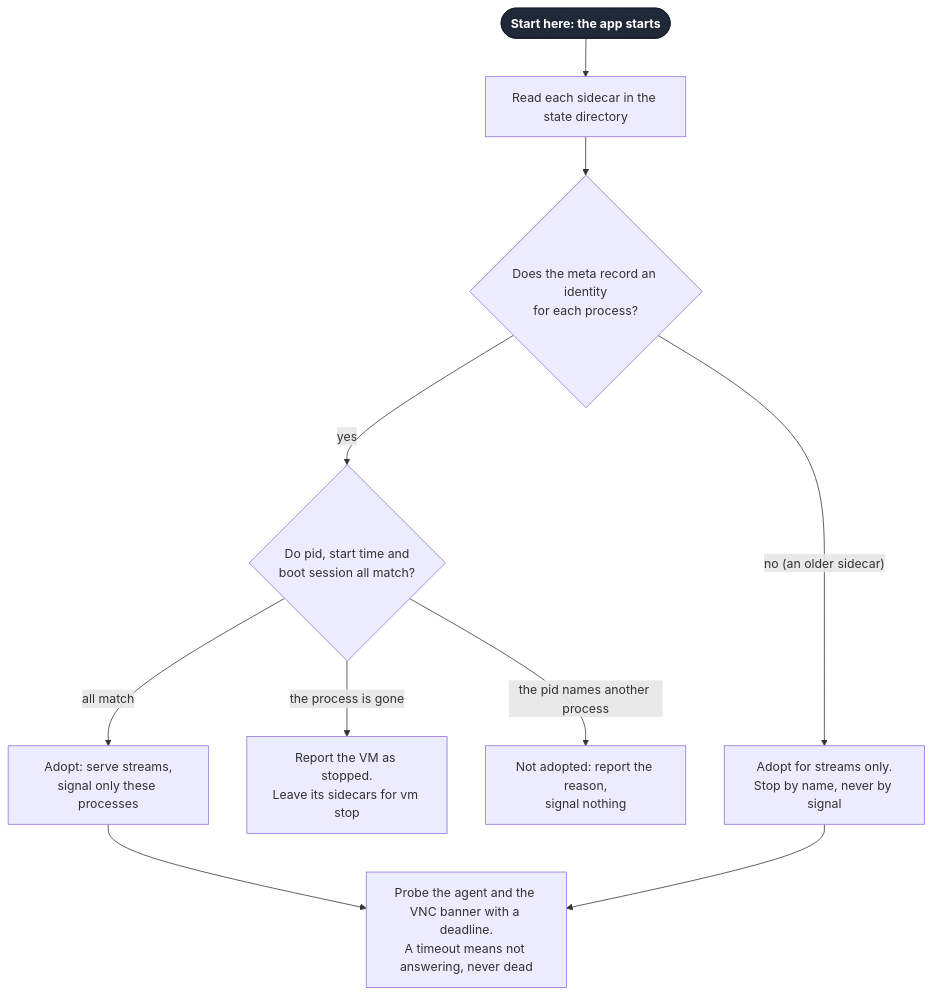
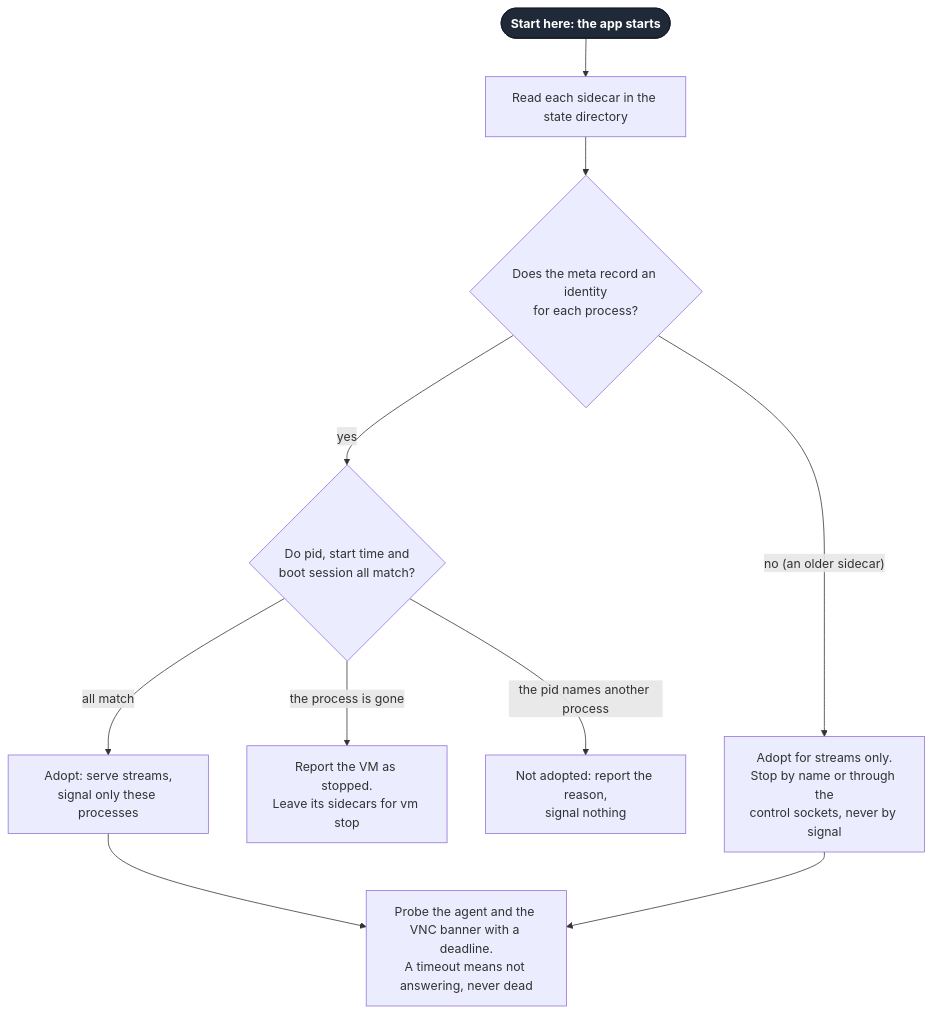
The sixth of 9 diagrams in docs/specs/testanyware-app.md (Linkuistics/TestAnyware), drawn with Mermaid before and after one commit. The commit also changed other lines of this file and 10 other files, not shown here.

````diff
--- a/docs/specs/testanyware-app.md
+++ b/docs/specs/testanyware-app.md
@@ -331,12 +368,12 @@
 ```mermaid
 flowchart TD
   start(["Start here: the app starts"]):::start --> read["Read each sidecar in the state directory"]
   read --> ident{"Does the meta record an identity<br/>for each process?"}
   ident -- "yes" --> match{"Do pid, start time and<br/>boot session all match?"}
-  ident -- "no (an older sidecar)" --> legacy["Adopt for streams only.<br/>Stop by name, never by signal"]
+  ident -- "no (an older sidecar)" --> legacy["Adopt for streams only.<br/>Stop by name or through the<br/>control sockets, never by signal"]
   match -- "all match" --> adopt["Adopt: serve streams,<br/>signal only these processes"]
   match -- "the process is gone" --> gone["Report the VM as stopped.<br/>Leave its sidecars for vm stop"]
   match -- "the pid names another process" --> doubt["Not adopted: report the reason,<br/>signal nothing"]
   adopt & legacy --> probe["Probe the agent and the VNC banner with a deadline.<br/>A timeout means not answering, never dead"]
   classDef start fill:#1f2937,stroke:#111827,color:#ffffff,font-weight:bold
 ```
````
